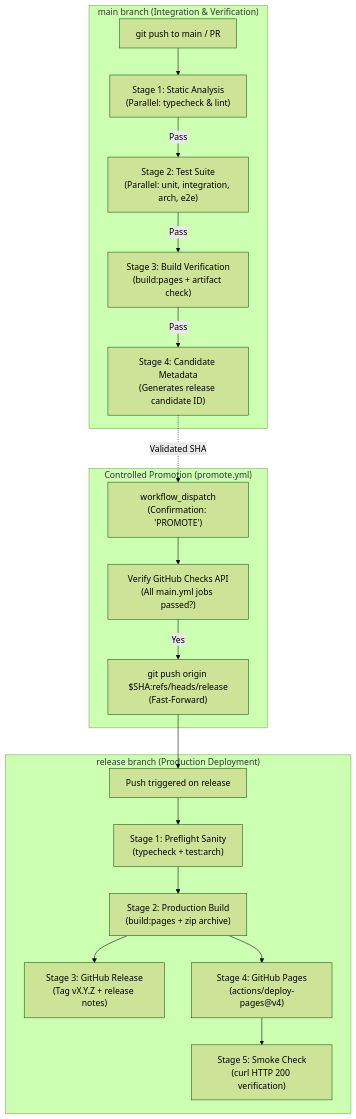
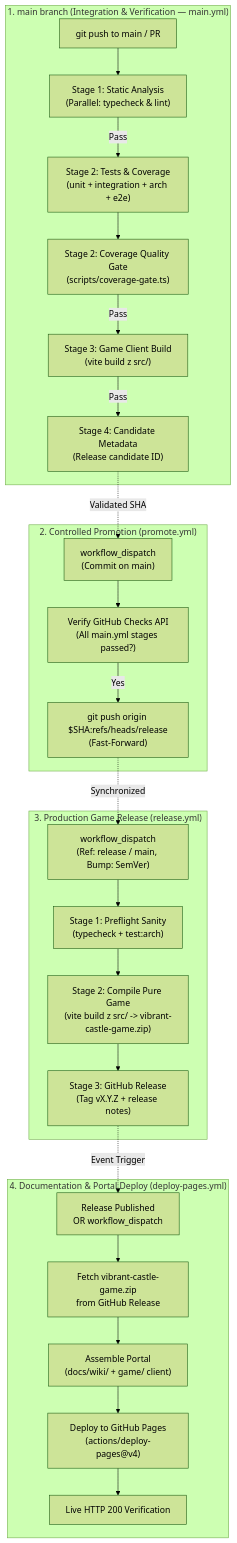
One commit to beoArcha/oXyFlow.VibrantCastle changed the diagram in docs/manifesto/CICD.md. Above: the diagram before and after it, drawn with Mermaid (forest theme). The commit also changed other lines of this file and 5 other files, not shown here.

Commit message:
feat: add CI/CD pipelines, GitHub Actions workflows, and documentation for deployment

````diff
--- a/docs/manifesto/CICD.md
+++ b/docs/manifesto/CICD.md
@@ -28,41 +29,53 @@
 ```mermaid
 graph TD
-    subgraph MainBranch["main branch (Integration & Verification)"]
+    subgraph MainBranch["1. main branch (Integration & Verification — main.yml)"]
         P1["git push to main / PR"]
         S1["Stage 1: Static Analysis<br/>(Parallel: typecheck & lint)"]
-        S2["Stage 2: Test Suite<br/>(Parallel: unit, integration, arch, e2e)"]
-        S3["Stage 3: Build Verification<br/>(build:pages + artifact check)"]
-        S4["Stage 4: Candidate Metadata<br/>(Generates release candidate ID)"]
+        S2["Stage 2: Tests & Coverage<br/>(unit + integration + arch + e2e)"]
+        CG["Stage 2: Coverage Quality Gate<br/>(scripts/coverage-gate.ts)"]
+        S3["Stage 3: Game Client Build<br/>(vite build z src/)"]
+        S4["Stage 4: Candidate Metadata<br/>(Release candidate ID)"]
 
         P1 --> S1
         S1 -- Pass --> S2
-        S2 -- Pass --> S3
+        S2 --> CG
+        CG -- Pass --> S3
         S3 -- Pass --> S4
     end
 
-    subgraph PromotionGate["Controlled Promotion (promote.yml)"]
-        Trigger["workflow_dispatch<br/>(Confirmation: 'PROMOTE')"]
-        VerifyChecks["Verify GitHub Checks API<br/>(All main.yml jobs passed?)"]
+    subgraph PromotionGate["2. Controlled Promotion (promote.yml)"]
+        Trigger["workflow_dispatch<br/>(Commit on main)"]
+        VerifyChecks["Verify GitHub Checks API<br/>(All main.yml stages passed?)"]
         FastForward["git push origin $SHA:refs/heads/release<br/>(Fast-Forward)"]
 
         S4 -. Validated SHA .-> Trigger
         Trigger --> VerifyChecks
         VerifyChecks -- Yes --> FastForward
     end
 
-    subgraph ReleaseBranch["release branch (Production Deployment)"]
-        RPush["Push triggered on release"]
+    subgraph GameRelease["3. Production Game Release (release.yml)"]
+        RTrigger["workflow_dispatch<br/>(Ref: release / main, Bump: SemVer)"]
         Preflight["Stage 1: Preflight Sanity<br/>(typecheck + test:arch)"]
-        Build["Stage 2: Production Build<br/>(build:pages + zip archive)"]
+        RBuild["Stage 2: Compile Pure Game<br/>(vite build z src/ -> vibrant-castle-game.zip)"]
         GHRelease["Stage 3: GitHub Release<br/>(Tag vX.Y.Z + release notes)"]
-        Deploy["Stage 4: GitHub Pages<br/>(actions/deploy-pages@v4)"]
-        VerifyLive["Stage 5: Smoke Check<br/>(curl HTTP 200 verification)"]
 
-        FastForward --> RPush
-        RPush --> Preflight
-        Preflight --> Build
-        Build --> GHRelease
-        Build --> Deploy
-        Deploy --> VerifyLive
+        FastForward -. Synchronized .-> RTrigger
+        RTrigger --> Preflight
+        Preflight --> RBuild
+        RBuild --> GHRelease
+    end
+
+    subgraph PagesDeploy["4. Documentation & Portal Deploy (deploy-pages.yml)"]
+        DTrigger["Release Published<br/>OR workflow_dispatch"]
+        Fetch["Fetch vibrant-castle-game.zip<br/>from GitHub Release"]
+        Assemble["Assemble Portal<br/>(docs/wiki/ + game/ client)"]
+        Deploy["Deploy to GitHub Pages<br/>(actions/deploy-pages@v4)"]
+        Smoke["Live HTTP 200 Verification"]
+
+        GHRelease -. Event Trigger .-> DTrigger
+        DTrigger --> Fetch
+        Fetch --> Assemble
+        Assemble --> Deploy
+        Deploy --> Smoke
     end
 ```
````
